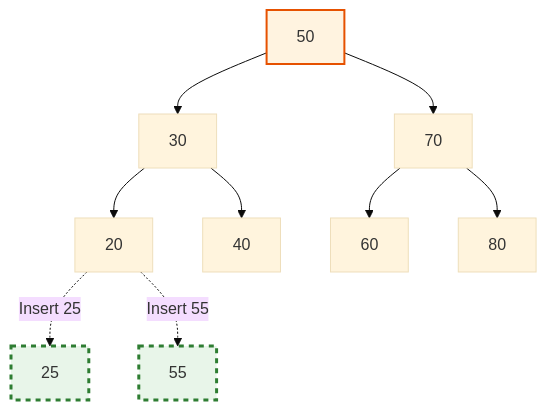
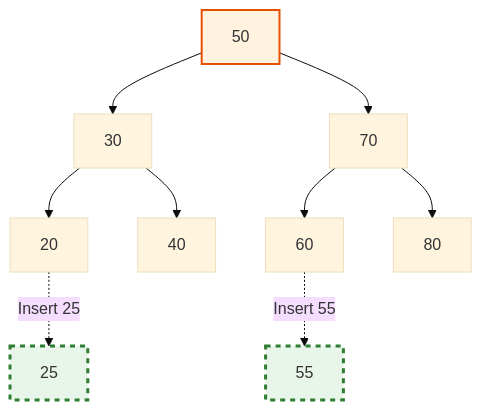
One commit to imyash0722/SEM3-DSA-UE25CS52A-STUDY-MATERIAL changed the fifth of 6 diagrams in site/docs/unit3/theory/unit3_02_binary_trees_bst.md. Above: the diagram before and after it, drawn with Mermaid (base theme). The commit also changed other lines of this file and 113 other files, not shown here.

Commit message:
Fix Mermaid diagram syntax, dark mode readability, algorithmic visualizations, and update site build

````diff
--- a/site/docs/unit3/theory/unit3_02_binary_trees_bst.md
+++ b/site/docs/unit3/theory/unit3_02_binary_trees_bst.md
@@ -206,17 +214,18 @@
 ```mermaid
 graph TD
     A[50] --> B[30]
     A --> C[70]
     B --> D[20]
     B --> E[40]
     C --> F[60]
     C --> G[80]
     
-    %% Insert 25
+    %% Insert 25 (25 < 50, 25 < 30, 25 > 20 -> right child of 20)
     D -.->|Insert 25| New[25]
-    D -.->|Insert 55| New2[55]
+    %% Insert 55 (55 > 50, 55 < 70, 55 < 60 -> left child of 60)
+    F -.->|Insert 55| New2[55]
     
     style A fill:#fff3e0,stroke:#e65100,stroke-width:2px
     style New fill:#e8f5e9,stroke:#2e7d32,stroke-width:3px,stroke-dasharray: 5 5
     style New2 fill:#e8f5e9,stroke:#2e7d32,stroke-width:3px,stroke-dasharray: 5 5
 ```
````
